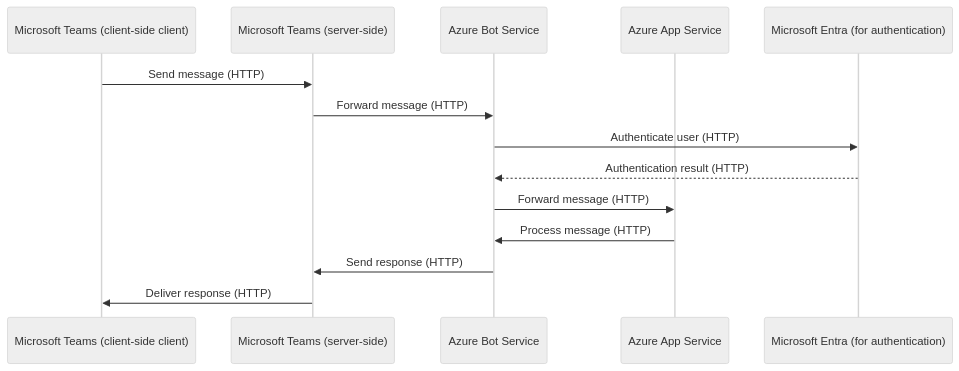
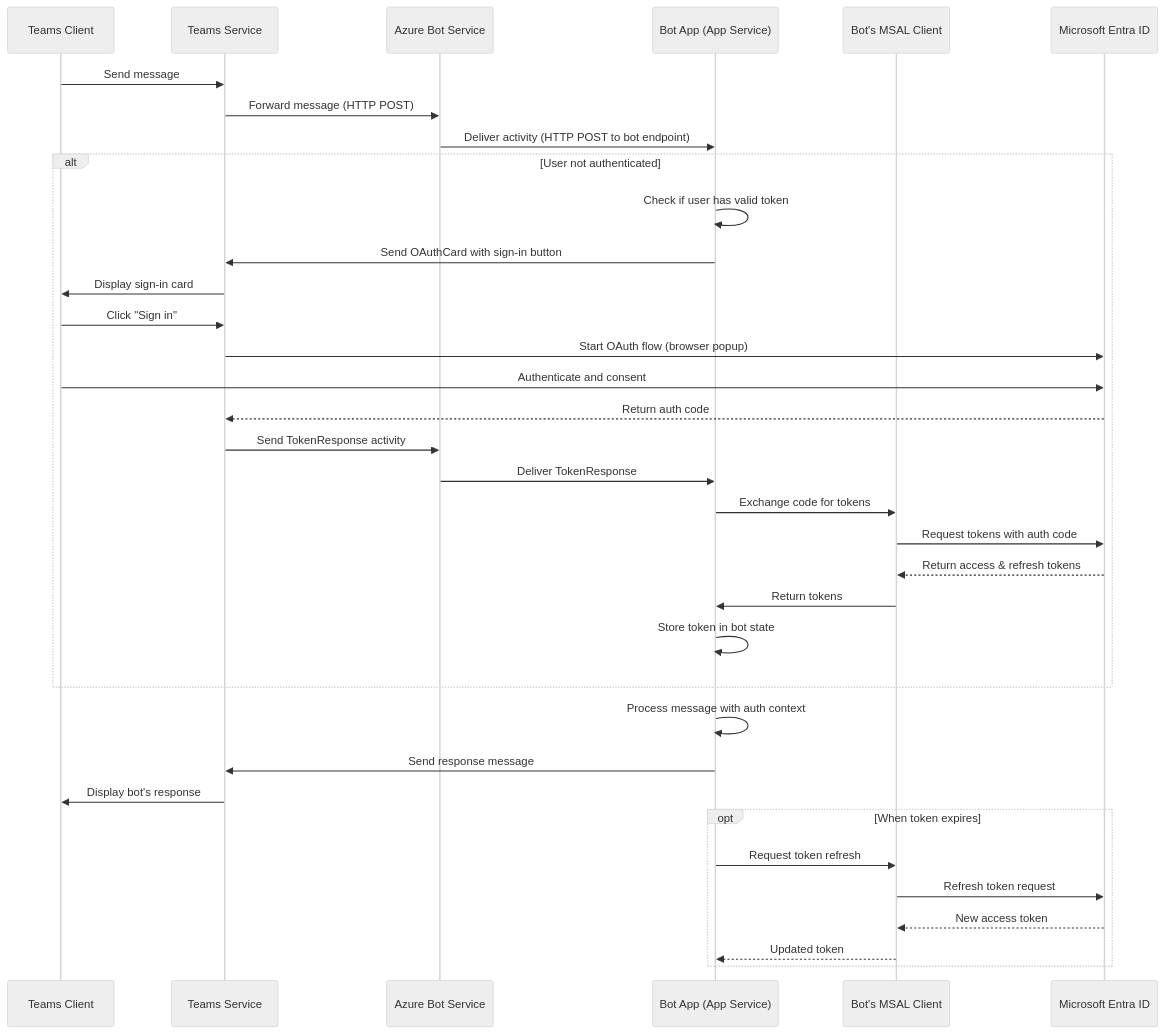
The diagram in docs/sequence-diagram.md (rukasakurai/SystemPromptSwitchingGPTBot), drawn with Mermaid (neutral theme) before and after one commit. The commit also changed other lines of this file, not shown here.

Commit message:
Enhance sequence diagram to include detailed authentication flow and clarify participant roles

````diff
--- a/docs/sequence-diagram.md
+++ b/docs/sequence-diagram.md
@@ -5,17 +5,45 @@
 ```mermaid
 sequenceDiagram
-    participant User as Microsoft Teams (client-side client)
-    participant TeamsServer as Microsoft Teams (server-side)
+    participant User as Teams Client
+    participant TeamsService as Teams Service
     participant BotService as Azure Bot Service
-    participant AppService as Azure App Service
-    participant Entra as Microsoft Entra (for authentication)
+    participant Bot as Bot App (App Service)
+    participant MSAL as Bot's MSAL Client
+    participant Entra as Microsoft Entra ID
 
-    User->>TeamsServer: Send message (HTTP)
-    TeamsServer->>BotService: Forward message (HTTP)
-    BotService->>Entra: Authenticate user (HTTP)
-    Entra-->>BotService: Authentication result (HTTP)
-    BotService->>AppService: Forward message (HTTP)
-    AppService->>BotService: Process message (HTTP)
-    BotService->>TeamsServer: Send response (HTTP)
-    TeamsServer->>User: Deliver response (HTTP)
+    %% Initial message flow
+    User->>TeamsService: Send message
+    TeamsService->>BotService: Forward message (HTTP POST)
+    BotService->>Bot: Deliver activity (HTTP POST to bot endpoint)
+
+    alt User not authenticated
+        %% Authentication flow with OAuthCard
+        Bot->>Bot: Check if user has valid token
+        Bot->>TeamsService: Send OAuthCard with sign-in button
+        TeamsService->>User: Display sign-in card
+        User->>TeamsService: Click "Sign in"
+        TeamsService->>Entra: Start OAuth flow (browser popup)
+        User->>Entra: Authenticate and consent
+        Entra-->>TeamsService: Return auth code
+        TeamsService->>BotService: Send TokenResponse activity
+        BotService->>Bot: Deliver TokenResponse
+        Bot->>MSAL: Exchange code for tokens
+        MSAL->>Entra: Request tokens with auth code
+        Entra-->>MSAL: Return access & refresh tokens
+        MSAL->>Bot: Return tokens
+        Bot->>Bot: Store token in bot state
+    end
+
+    %% Main message processing flow
+    Bot->>Bot: Process message with auth context
+    Bot->>TeamsService: Send response message
+    TeamsService->>User: Display bot's response
+
+    %% Token refresh (optional)
+    opt When token expires
+        Bot->>MSAL: Request token refresh
+        MSAL->>Entra: Refresh token request
+        Entra-->>MSAL: New access token
+        MSAL-->>Bot: Updated token
+    end
 ```
````
